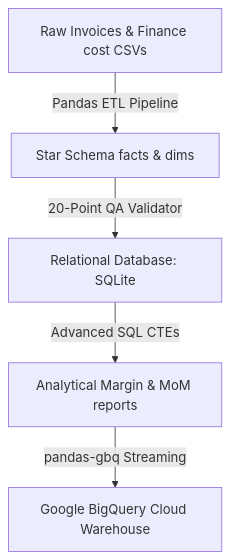
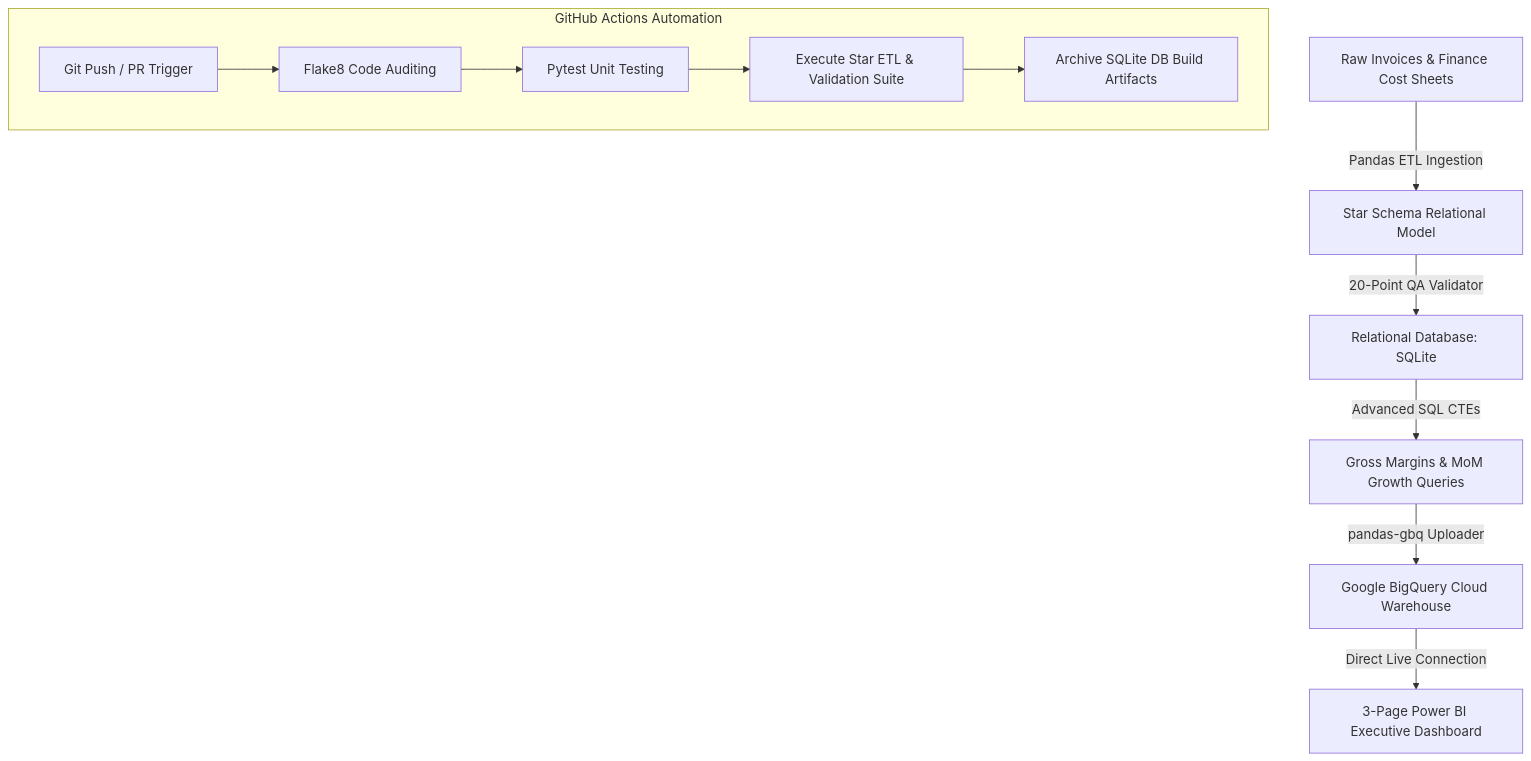
One commit to VB-Vaibhav-77/profitability-analysis changed the diagram in README.md. Above: the diagram before and after it, drawn with Mermaid. The commit also changed other lines of this file, not shown here.

Commit message:
docs: upgrade README to match premium master galaxy schema portal styling

````diff
--- a/README.md
+++ b/README.md
@@ -9,7 +9,15 @@
 ```mermaid
 graph TD
-    A[Raw Invoices & Finance cost CSVs] -->|Pandas ETL Pipeline| B[Star Schema facts & dims]
+    A[Raw Invoices & Finance Cost Sheets] -->|Pandas ETL Ingestion| B[Star Schema Relational Model]
     B -->|20-Point QA Validator| C[Relational Database: SQLite]
-    C -->|Advanced SQL CTEs| D[Analytical Margin & MoM reports]
-    D -->|pandas-gbq Streaming| E[Google BigQuery Cloud Warehouse]
+    C -->|Advanced SQL CTEs| D[Gross Margins & MoM Growth Queries]
+    D -->|pandas-gbq Uploader| E[Google BigQuery Cloud Warehouse]
+    E -->|Direct Live Connection| F[3-Page Power BI Executive Dashboard]
+    
+    subgraph CI/CD Pipeline [GitHub Actions Automation]
+        G[Git Push / PR Trigger] --> H[Flake8 Code Auditing]
+        H --> I[Pytest Unit Testing]
+        I --> J[Execute Star ETL & Validation Suite]
+        J --> K[Archive SQLite DB Build Artifacts]
+    end
 ```
````
